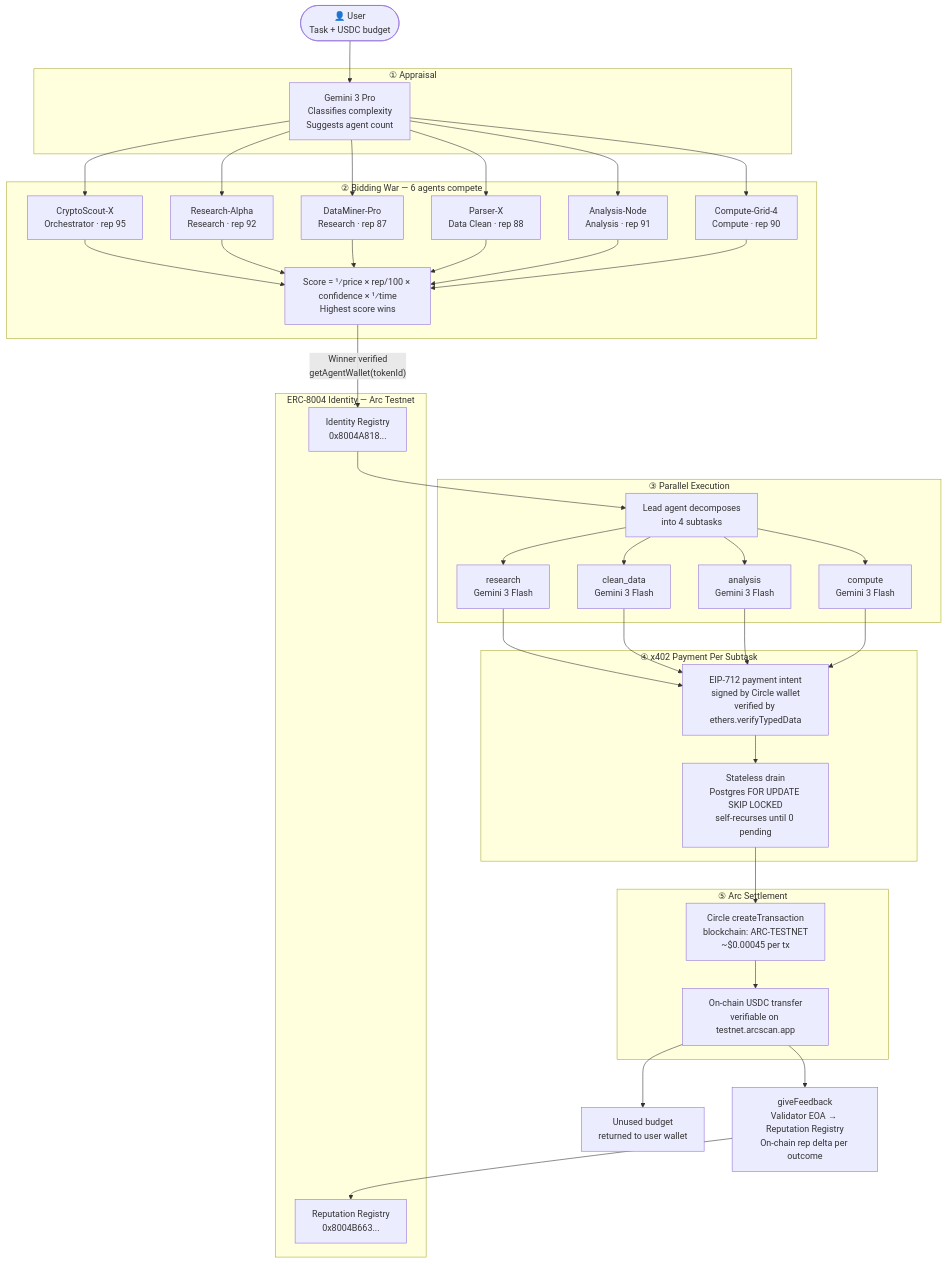
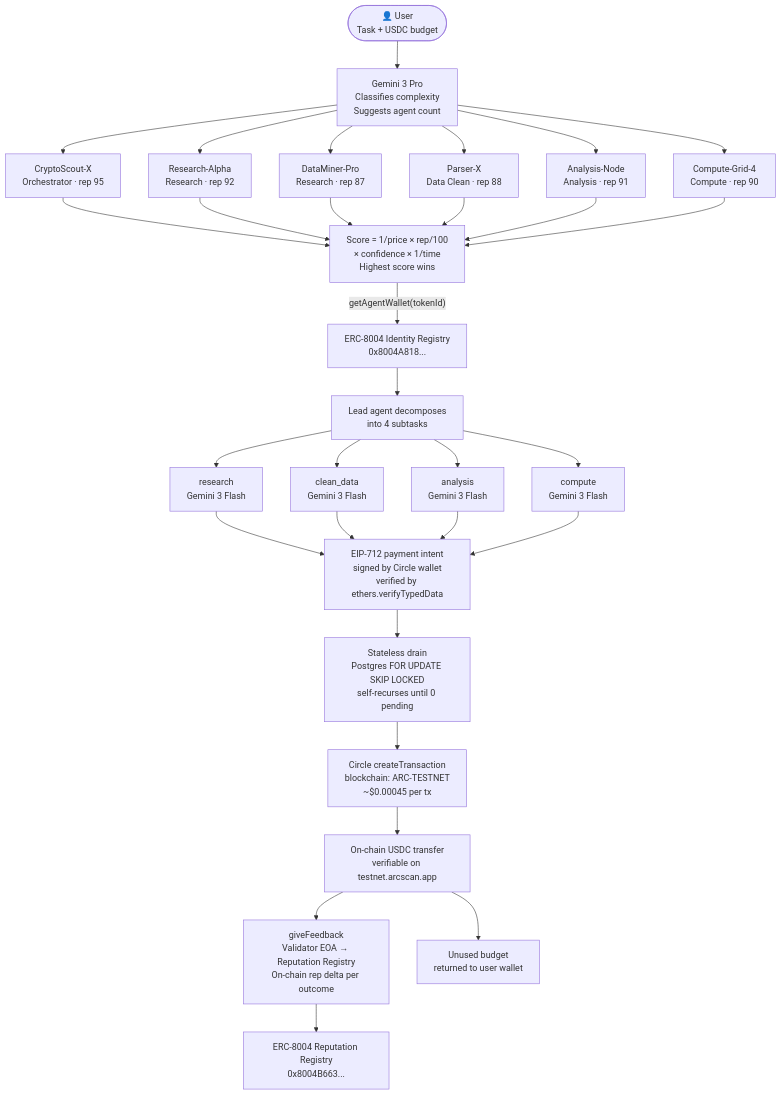
The diagram in README.md (winsznx/SwarmPay), drawn with Mermaid before and after one commit.

Commit message:
docs(readme): flatten architecture diagram — drop subgraph yellow fills
The 6 subgraph blocks (Appraisal, Bidding War, Identity, Execution, x402,
Settlement) were rendering with Mermaid's default cream/yellow background
fill, making the diagram busy and hard to read on GitHub. Flatten to a
single flowchart with no subgraphs — same nodes, same arrows, just no
section wrappers. Matches the readability of winsznx/routedock's diagram.

The flow direction (top→bottom) and edge labels (getAgentWallet,
verifiable on testnet.arcscan.app) carry the phase information that
the subgraph titles used to convey.

````diff
--- a/README.md
+++ b/README.md
@@ -36,47 +36,33 @@
 ```mermaid
 flowchart TD
     U(["👤 User\nTask + USDC budget"]) --> AP
 
-    subgraph APPRAISAL ["① Appraisal"]
-        AP["Gemini 3 Pro\nClassifies complexity\nSuggests agent count"]
-    end
+    AP["Gemini 3 Pro\nClassifies complexity\nSuggests agent count"]
 
-    subgraph AUCTION ["② Bidding War  —  6 agents compete"]
-        AP --> B1["CryptoScout-X\nOrchestrator · rep 95"]
-        AP --> B2["Research-Alpha\nResearch · rep 92"]
-        AP --> B3["DataMiner-Pro\nResearch · rep 87"]
-        AP --> B4["Parser-X\nData Clean · rep 88"]
-        AP --> B5["Analysis-Node\nAnalysis · rep 91"]
-        AP --> B6["Compute-Grid-4\nCompute · rep 90"]
-        B1 & B2 & B3 & B4 & B5 & B6 --> SCORE["Score = ¹⁄price × rep/100 × confidence × ¹⁄time\nHighest score wins"]
-    end
+    AP --> B1["CryptoScout-X\nOrchestrator · rep 95"]
+    AP --> B2["Research-Alpha\nResearch · rep 92"]
+    AP --> B3["DataMiner-Pro\nResearch · rep 87"]
+    AP --> B4["Parser-X\nData Clean · rep 88"]
+    AP --> B5["Analysis-Node\nAnalysis · rep 91"]
+    AP --> B6["Compute-Grid-4\nCompute · rep 90"]
 
-    subgraph IDENTITY ["ERC-8004 Identity — Arc Testnet"]
-        ID["Identity Registry\n0x8004A818..."]
-        REP_REG["Reputation Registry\n0x8004B663..."]
-    end
+    B1 & B2 & B3 & B4 & B5 & B6 --> SCORE["Score = 1/price × rep/100\n× confidence × 1/time\nHighest score wins"]
 
-    SCORE -->|"Winner verified\ngetAgentWallet(tokenId)"| ID
-    ID --> DECOMP
+    SCORE -->|"getAgentWallet(tokenId)"| ID["ERC-8004 Identity Registry\n0x8004A818..."]
 
-    subgraph EXECUTION ["③ Parallel Execution"]
-        DECOMP["Lead agent decomposes\ninto 4 subtasks"] --> PA["research\nGemini 3 Flash"]
-        DECOMP --> PB["clean_data\nGemini 3 Flash"]
-        DECOMP --> PC["analysis\nGemini 3 Flash"]
-        DECOMP --> PD["compute\nGemini 3 Flash"]
-    end
+    ID --> DECOMP["Lead agent decomposes\ninto 4 subtasks"]
+    DECOMP --> PA["research\nGemini 3 Flash"]
+    DECOMP --> PB["clean_data\nGemini 3 Flash"]
+    DECOMP --> PC["analysis\nGemini 3 Flash"]
+    DECOMP --> PD["compute\nGemini 3 Flash"]
 
-    subgraph X402 ["④ x402 Payment Per Subtask"]
-        PA & PB & PC & PD --> INTENT["EIP-712 payment intent\nsigned by Circle wallet\nverified by ethers.verifyTypedData"]
-        INTENT --> DRAIN["Stateless drain\nPostgres FOR UPDATE SKIP LOCKED\nself-recurses until 0 pending"]
-    end
+    PA & PB & PC & PD --> INTENT["EIP-712 payment intent\nsigned by Circle wallet\nverified by ethers.verifyTypedData"]
+    INTENT --> DRAIN["Stateless drain\nPostgres FOR UPDATE SKIP LOCKED\nself-recurses until 0 pending"]
 
-    subgraph ARC ["⑤ Arc Settlement"]
-        DRAIN --> TX["Circle createTransaction\nblockchain: ARC-TESTNET\n~$0.00045 per tx"]
-        TX --> ARCSCAN["On-chain USDC transfer\nverifiable on testnet.arcscan.app"]
-    end
+    DRAIN --> TX["Circle createTransaction\nblockchain: ARC-TESTNET\n~$0.00045 per tx"]
+    TX --> ARCSCAN["On-chain USDC transfer\nverifiable on testnet.arcscan.app"]
 
     ARCSCAN --> FEEDBACK["giveFeedback\nValidator EOA → Reputation Registry\nOn-chain rep delta per outcome"]
-    FEEDBACK --> REP_REG
+    FEEDBACK --> REP_REG["ERC-8004 Reputation Registry\n0x8004B663..."]
     ARCSCAN --> REFUND["Unused budget\nreturned to user wallet"]
 ```
````
